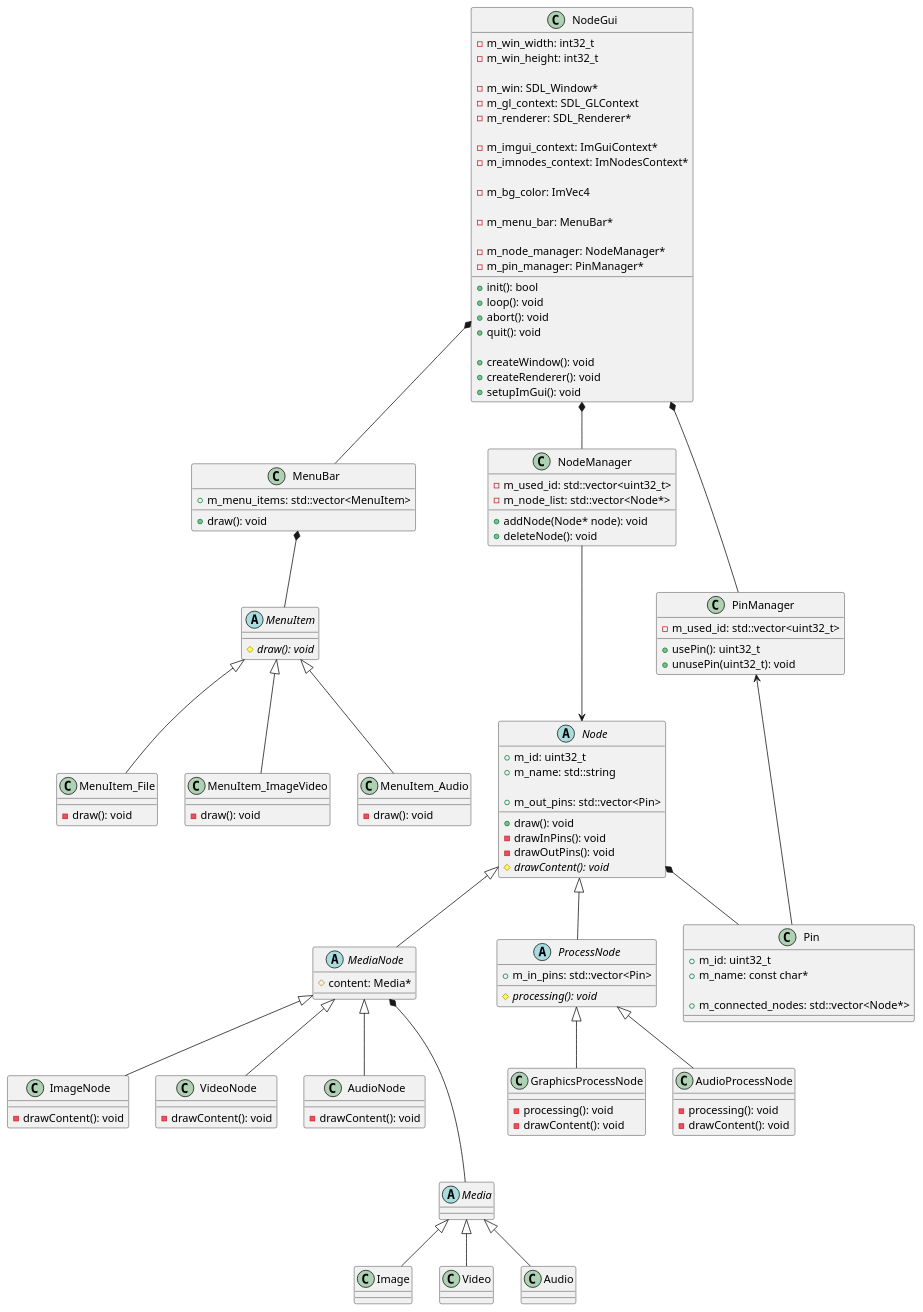
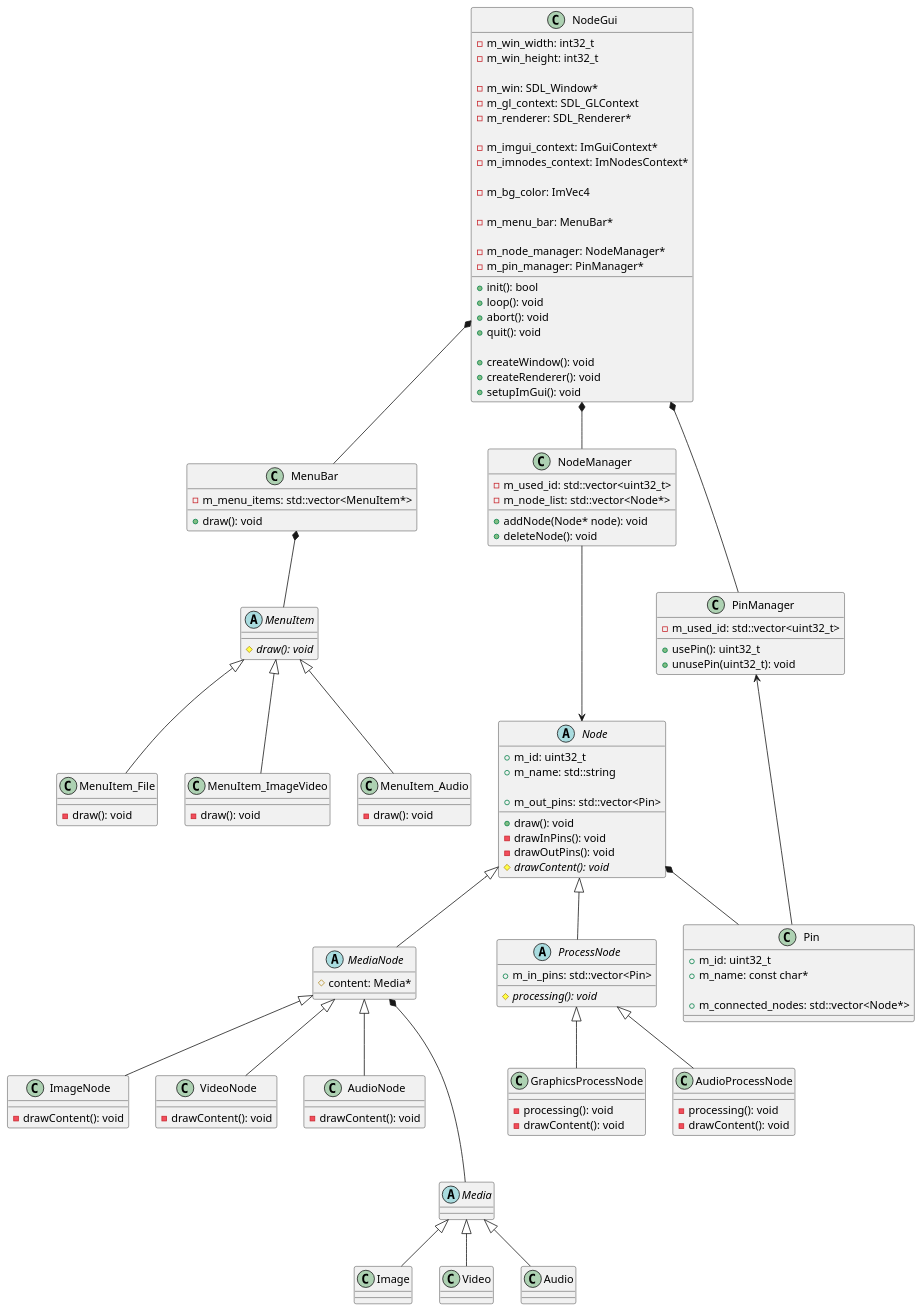
The diagram in uml/uml.pu (nkue-yst/NodeProcessV2), drawn with PlantUML before and after one commit. The commit also changed 15 other files, not shown here.

```diff
--- a/uml/uml.pu
+++ b/uml/uml.pu
@@ -1,161 +1,161 @@
 @startuml NodeProcessing
 
 class NodeGui {
     +init(): bool
     +loop(): void
     +abort(): void
     +quit(): void
 
     +createWindow(): void
     +createRenderer(): void
     +setupImGui(): void
 
     -m_win_width: int32_t
     -m_win_height: int32_t
 
     -m_win: SDL_Window*
     -m_gl_context: SDL_GLContext
     -m_renderer: SDL_Renderer*
 
     -m_imgui_context: ImGuiContext*
     -m_imnodes_context: ImNodesContext*
 
     -m_bg_color: ImVec4
 
     -m_menu_bar: MenuBar*
 
     -m_node_manager: NodeManager*
     -m_pin_manager: PinManager*
 }
 
 class MenuBar {
     +draw(): void
 
-    +m_menu_items: std::vector<MenuItem>
+    -m_menu_items: std::vector<MenuItem*>
 }
 
 abstract class MenuItem {
     {abstract} #draw(): void
 }
 
 class MenuItem_File {
     -draw(): void
 }
 
 class MenuItem_ImageVideo {
     -draw(): void
 }
 
 class MenuItem_Audio {
     -draw(): void
 }
 
 class NodeManager {
     +addNode(Node* node): void
     +deleteNode(): void
 
     -m_used_id: std::vector<uint32_t>
     -m_node_list: std::vector<Node*>
 }
 
 abstract class Node {
     +draw(): void
     -drawInPins(): void
     -drawOutPins(): void
     {abstract} #drawContent(): void
 
     +m_id: uint32_t
     +m_name: std::string
 
     +m_out_pins: std::vector<Pin>
 }
 
 abstract class MediaNode {
     #content: Media*
 }
 
 abstract class ProcessNode {
     {abstract} #processing(): void
 
     +m_in_pins: std::vector<Pin>
 }
 
 class ImageNode {
     -drawContent(): void
 }
 
 class VideoNode {
     -drawContent(): void
 }
 
 class AudioNode {
     -drawContent(): void
 }
 
 class GraphicsProcessNode {
     -processing(): void
     -drawContent(): void
 }
 
 class AudioProcessNode {
     -processing(): void
     -drawContent(): void
 }
 
 class PinManager {
     +usePin(): uint32_t
     +unusePin(uint32_t): void
 
     -m_used_id: std::vector<uint32_t>
 }
 
 class Pin {
     +m_id: uint32_t
     +m_name: const char*
 
     +m_connected_nodes: std::vector<Node*>
 }
 
 abstract class Media {
 
 }
 
 class Image {
 
 }
 
 class Video {
 
 }
 
 class Audio {
 
 }
 
 NodeGui *-- NodeManager
 NodeGui *-- PinManager
 NodeGui *-- MenuBar
 
 MenuBar *-- MenuItem
 MenuItem <|-- MenuItem_File
 MenuItem <|-- MenuItem_ImageVideo
 MenuItem <|-- MenuItem_Audio
 
 Node <|-- MediaNode
 Node <|-- ProcessNode
 Node *-- Pin
 MediaNode <|-- ImageNode
 MediaNode <|-- VideoNode
 MediaNode <|-- AudioNode
 ProcessNode <|-- GraphicsProcessNode
 ProcessNode <|-- AudioProcessNode
 
 MediaNode *--- Media
 Media <|-- Image
 Media <|-- Video
 Media <|-- Audio
 
 NodeManager ---> Node
 PinManager <-- Pin
 
 @enduml
```
